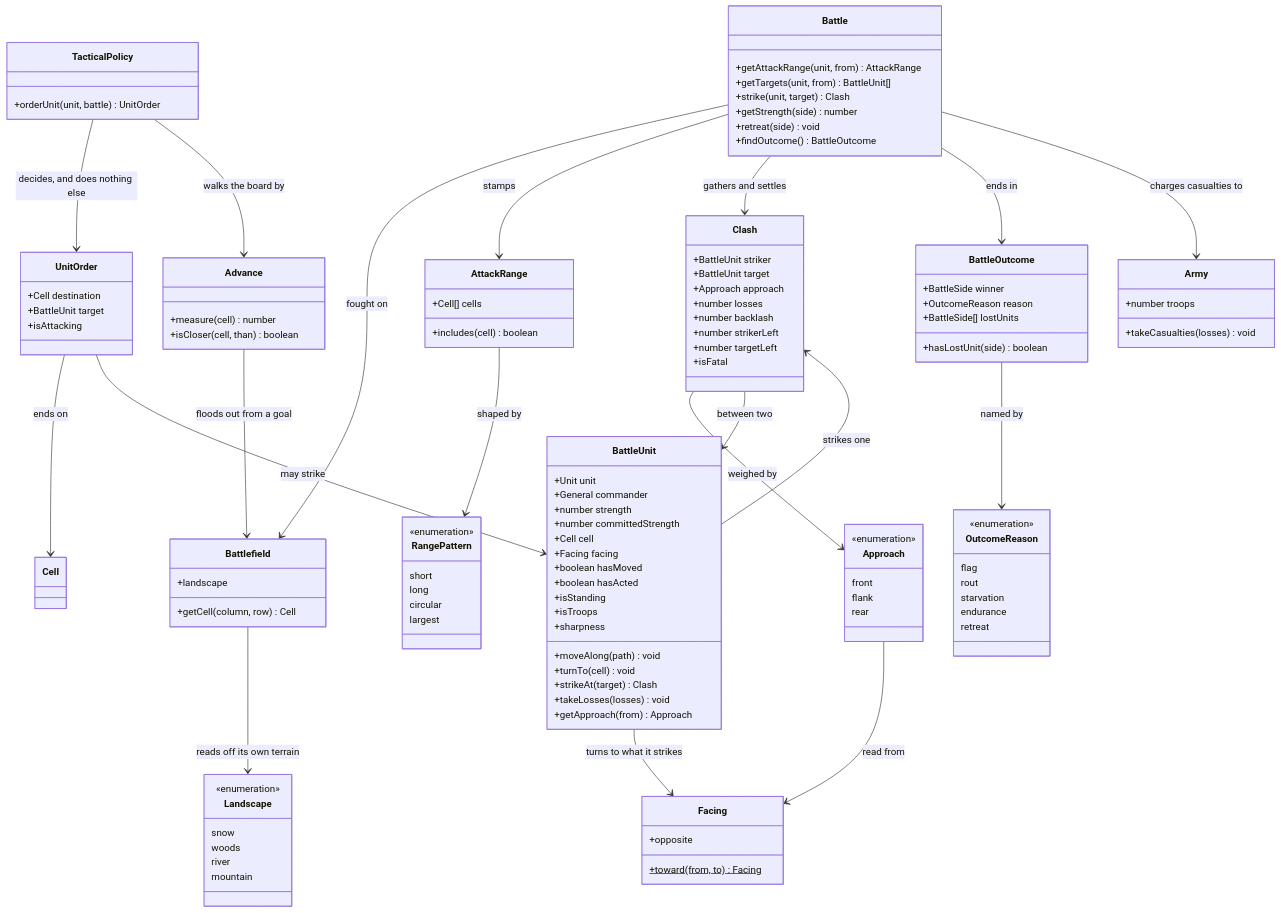
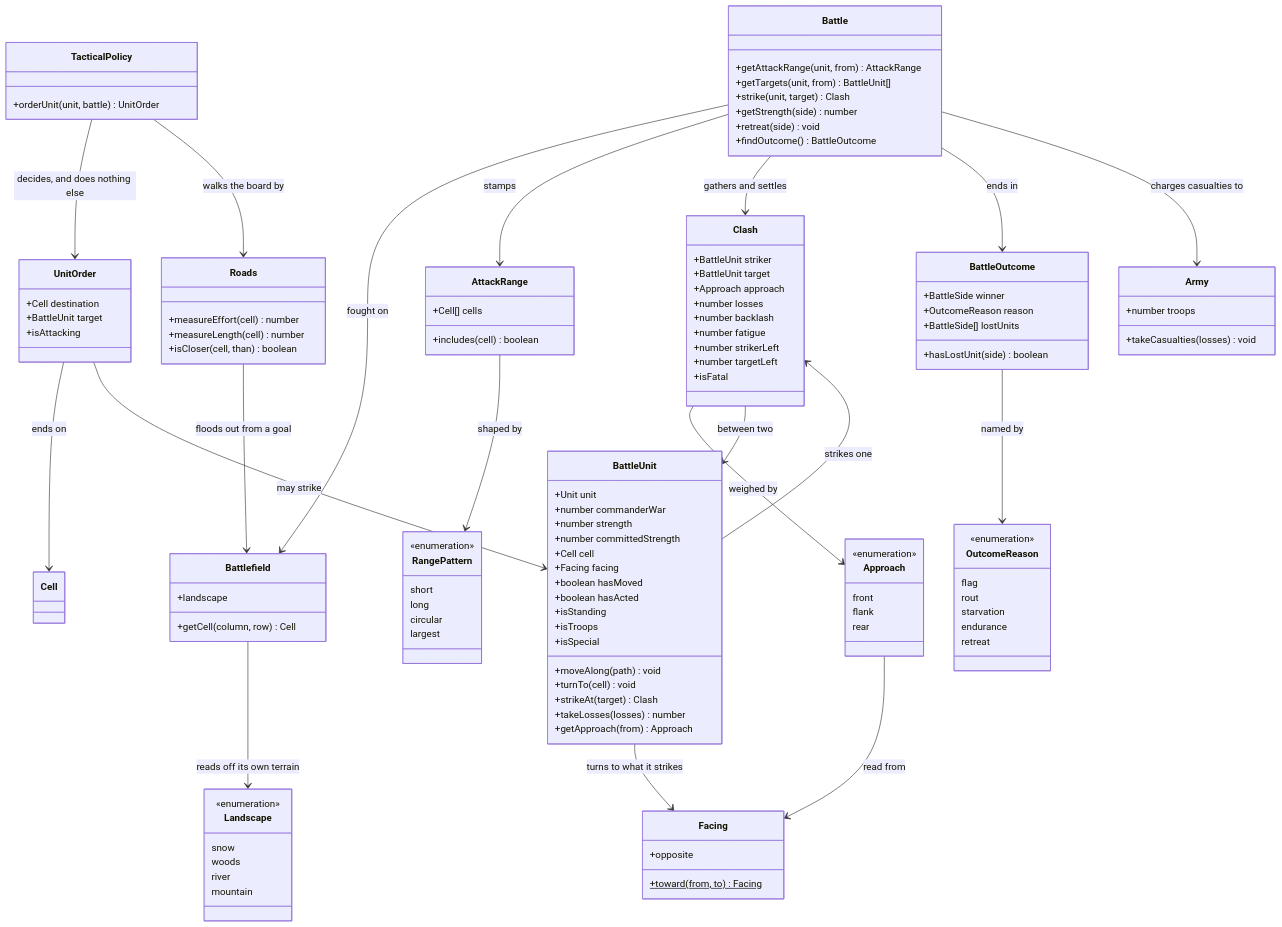
One commit to pslotinsky/kunstkamera changed the second of 4 diagrams in gemstorm/docs/design/08-3-blows-and-casualties.md. Above: the diagram before and after it, drawn with Mermaid. The commit also changed other lines of this file and 19 other files, not shown here.

````diff
--- a/gemstorm/docs/design/08-3-blows-and-casualties.md
+++ b/gemstorm/docs/design/08-3-blows-and-casualties.md
@@ -237,7 +219,7 @@
   }
   class BattleUnit {
     +Unit unit
-    +General commander
+    +number commanderWar
     +number strength
     +number committedStrength
     +Cell cell
@@ -246,11 +228,11 @@
     +boolean hasActed
     +isStanding
     +isTroops
-    +sharpness
+    +isSpecial
     +moveAlong(path) void
     +turnTo(cell) void
     +strikeAt(target) Clash
-    +takeLosses(losses) void
+    +takeLosses(losses) number
     +getApproach(from) Approach
   }
   class Battlefield {
@@ -274,6 +256,7 @@
     +Approach approach
     +number losses
     +number backlash
+    +number fatigue
     +number strikerLeft
     +number targetLeft
     +isFatal
@@ -284,8 +267,9 @@
     flank
     rear
   }
-  class Advance {
-    +measure(cell) number
+  class Roads {
+    +measureEffort(cell) number
+    +measureLength(cell) number
     +isCloser(cell, than) boolean
   }
   class UnitOrder {
@@ -341,6 +325,6 @@
   UnitOrder --> Cell : ends on
   UnitOrder --> BattleUnit : may strike
   TacticalPolicy --> UnitOrder : decides, and does nothing else
-  TacticalPolicy --> Advance : walks the board by
-  Advance --> Battlefield : floods out from a goal
+  TacticalPolicy --> Roads : walks the board by
+  Roads --> Battlefield : floods out from a goal
 ```
````
